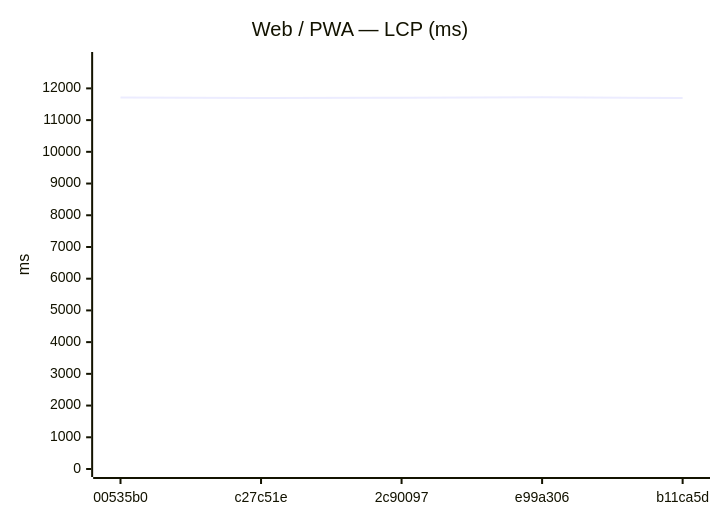
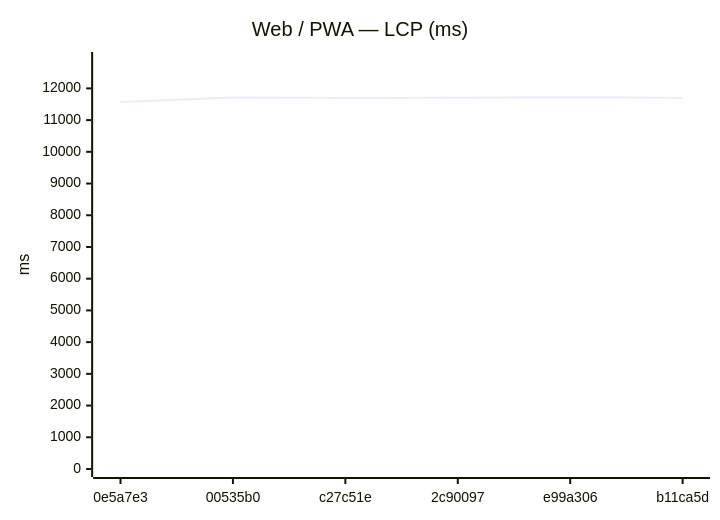
One commit to Metaheurist/Rianell changed the first of 24 diagrams in benchmarks/compare.md. Above: the diagram before and after it, drawn with Mermaid. The commit also changed other lines of this file and 12 other files, not shown here.

````diff
--- a/benchmarks/compare.md
+++ b/benchmarks/compare.md
@@ -19,7 +20,7 @@
 ```mermaid
 xychart-beta
     title "Web / PWA — LCP (ms)"
-    x-axis ["00535b0", "c27c51e", "2c90097", "e99a306", "b11ca5d"]
+    x-axis ["0e5a7e3", "00535b0", "c27c51e", "2c90097", "e99a306", "b11ca5d"]
     y-axis "ms" 0 --> 12895
-    line [11711, 11699, 11703, 11722, 11697]
+    line [11571, 11711, 11699, 11703, 11722, 11697]
 ```
````
